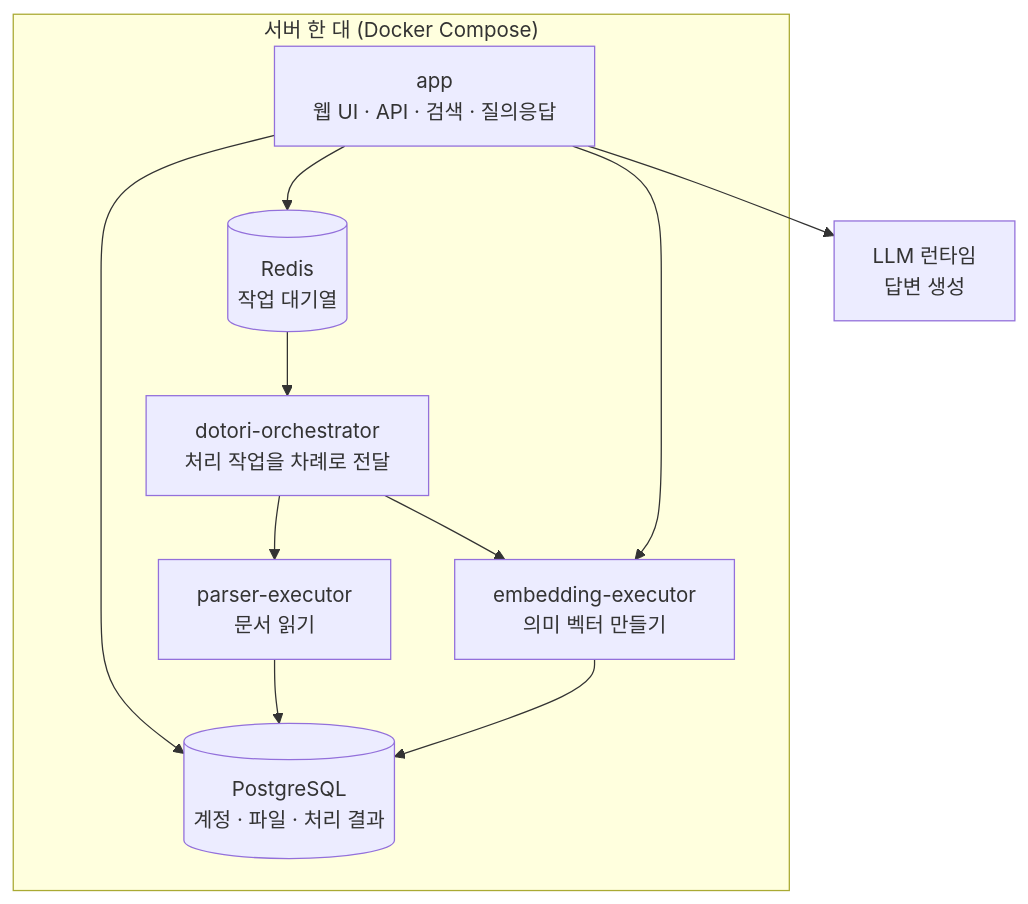
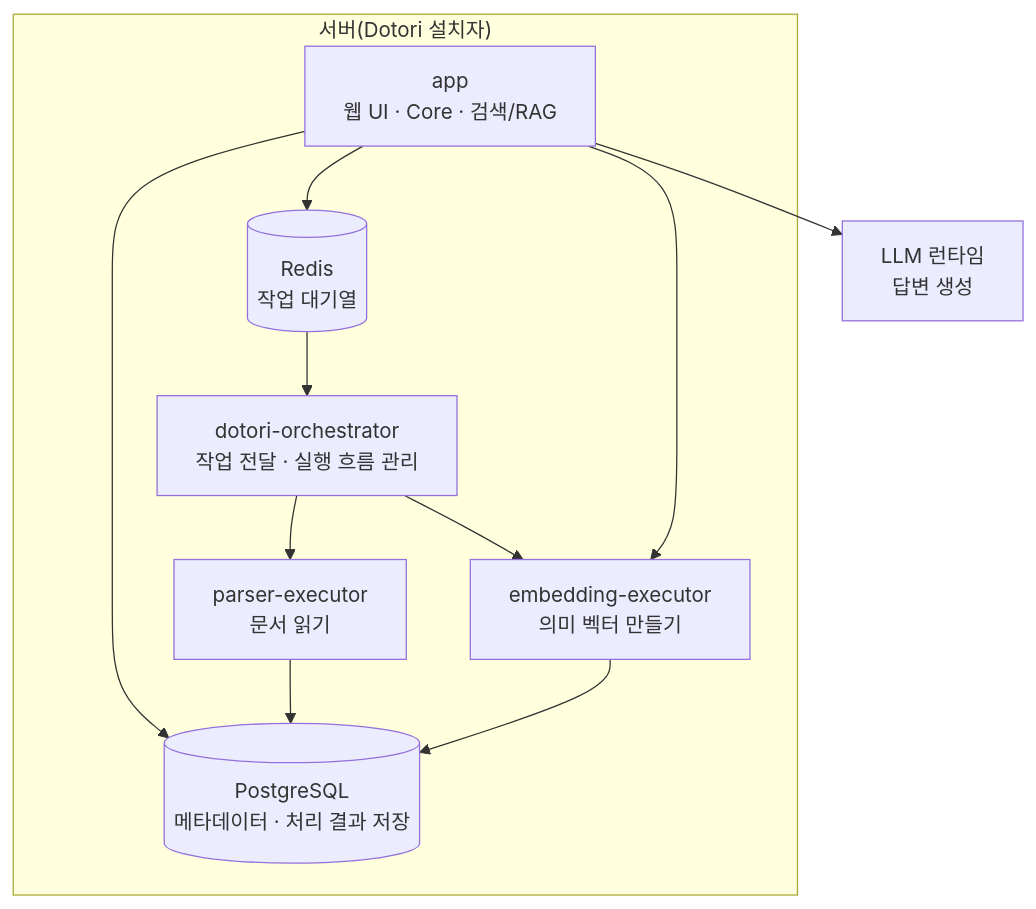
One commit to smallwanderer/dotori changed the second of 5 diagrams in dotori-docs/overview/how-it-works.md. Above: the diagram before and after it, drawn with Mermaid. The commit also changed other lines of this file and 8 other files, not shown here.

````diff
--- a/dotori-docs/overview/how-it-works.md
+++ b/dotori-docs/overview/how-it-works.md
@@ -25,22 +25,22 @@
 ```mermaid
 flowchart TB
-    subgraph SRV["서버 한 대 (Docker Compose)"]
-        APP["app<br/>웹 UI · API · 검색 · 질의응답"]
-        ORCH["dotori-orchestrator<br/>처리 작업을 차례로 전달"]
+    subgraph SRV["서버(Dotori 설치자)"]
+        APP["app<br/>웹 UI · Core · 검색/RAG"]
+        ORCH["dotori-orchestrator<br/>작업 전달 · 실행 흐름 관리"]
         PX["parser-executor<br/>문서 읽기"]
         EX["embedding-executor<br/>의미 벡터 만들기"]
-        DB[("PostgreSQL<br/>계정 · 파일 · 처리 결과")]
+        DB[("PostgreSQL<br/>메타데이터 · 처리 결과 저장")]
         RD[("Redis<br/>작업 대기열")]
     end
     LLM["LLM 런타임<br/>답변 생성"]
 
     APP --> DB
     APP --> RD
     RD --> ORCH
     ORCH --> PX
     ORCH --> EX
     PX --> DB
     EX --> DB
     APP --> EX
     APP --> LLM
 ```
````
